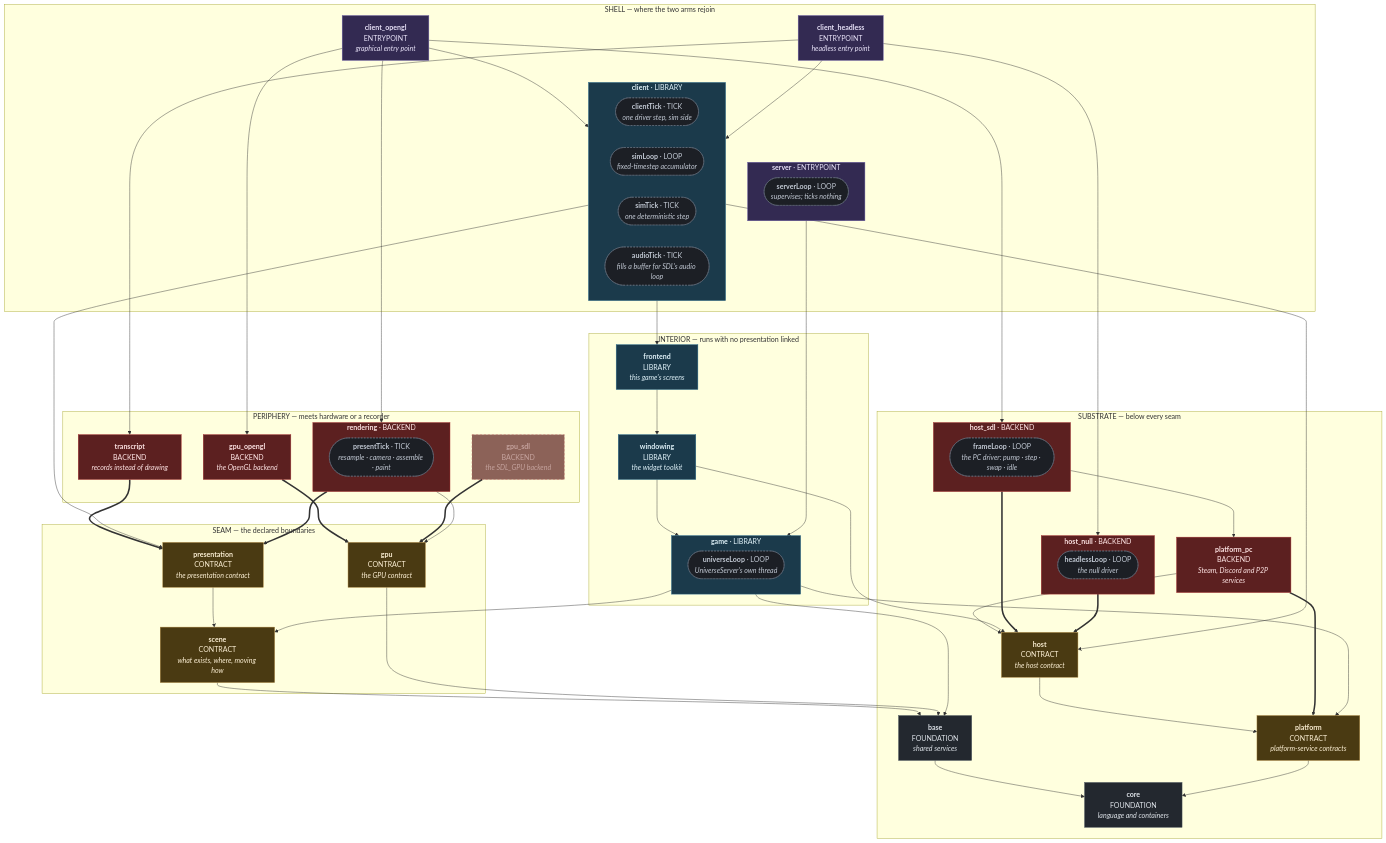
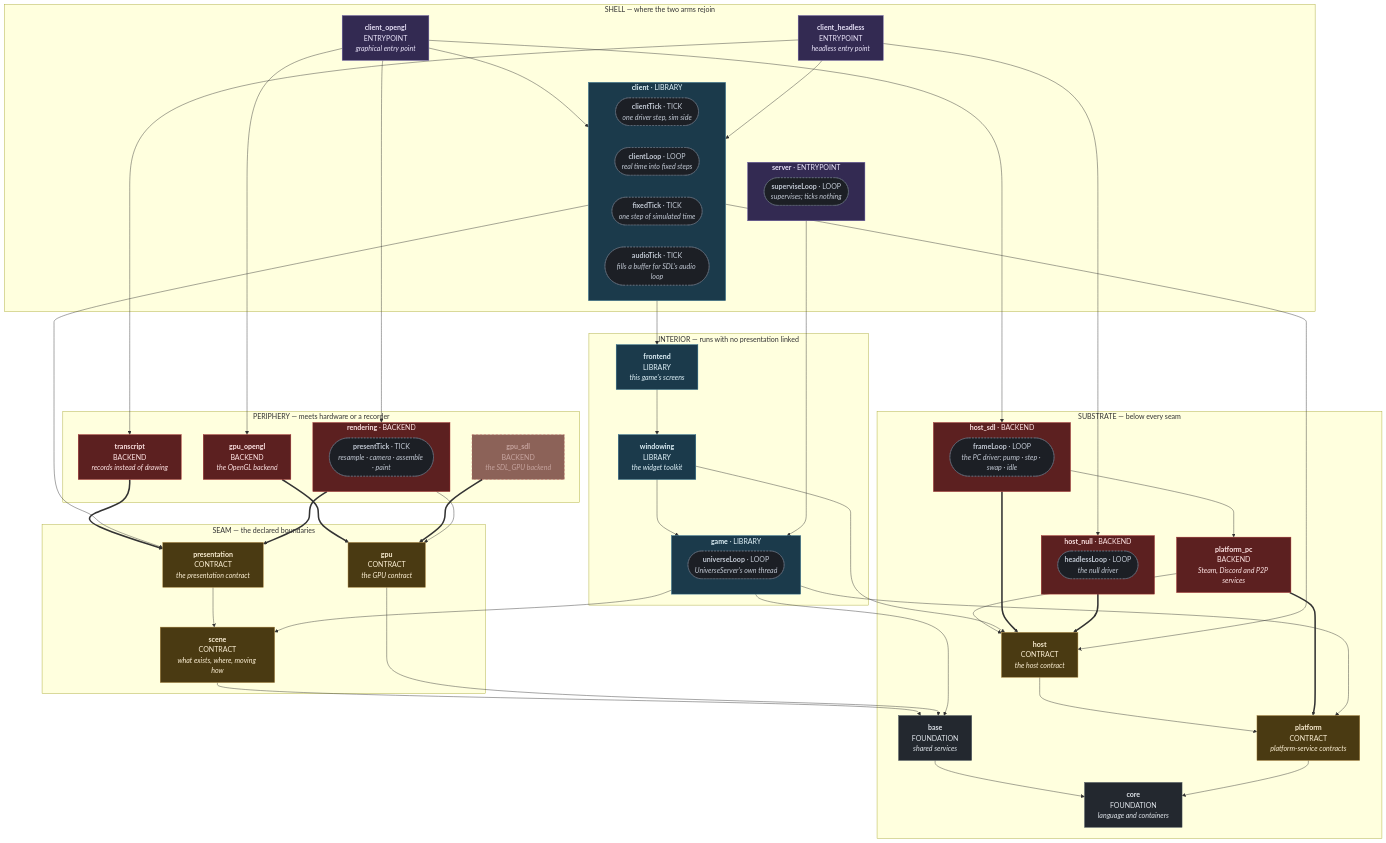
One commit to apnex/OpenStarbound changed the second of 2 diagrams in docs/superpowers/specs/2026-08-01-sovereign-headless-client-design.md. Above: the diagram before and after it, drawn with Mermaid. The commit also changed other lines of this file and 2 other files, not shown here.

````diff
--- a/docs/superpowers/specs/2026-08-01-sovereign-headless-client-design.md
+++ b/docs/superpowers/specs/2026-08-01-sovereign-headless-client-design.md
@@ -469,14 +469,14 @@
   subgraph Z_SHELL ["SHELL — where the two arms rejoin"]
     subgraph shell ["<b>client</b> · LIBRARY"]
       clienttick(["<b>clientTick</b> · TICK<br/><i>one driver step, sim side</i>"])
-      simloop(["<b>simLoop</b> · LOOP<br/><i>fixed-timestep accumulator</i>"])
-      simtick(["<b>simTick</b> · TICK<br/><i>one deterministic step</i>"])
+      clientloop(["<b>clientLoop</b> · LOOP<br/><i>real time into fixed steps</i>"])
+      fixedtick(["<b>fixedTick</b> · TICK<br/><i>one step of simulated time</i>"])
       audiotick(["<b>audioTick</b> · TICK<br/><i>fills a buffer for SDL's audio loop</i>"])
     end
     cgl["<b>client_opengl</b><br/>ENTRYPOINT<br/><i>graphical entry point</i>"]
     chl["<b>client_headless</b><br/>ENTRYPOINT<br/><i>headless entry point</i>"]
     subgraph srv ["<b>server</b> · ENTRYPOINT"]
-      serverloop(["<b>serverLoop</b> · LOOP<br/><i>supervises; ticks nothing</i>"])
+      superviseloop(["<b>superviseLoop</b> · LOOP<br/><i>supervises; ticks nothing</i>"])
     end
   end
 
@@ -563,7 +563,7 @@
   class hostsdl,hostnull,platformpc,rend,tr,glb,sdlb kBackend
   class game,win,front,shell kLibrary
   class cgl,chl,srv kEntrypoint
-  class frameloop,headlessloop,simloop,serverloop,universeloop,clienttick,simtick,audiotick,presenttick kElement
+  class frameloop,headlessloop,clientloop,superviseloop,universeloop,clienttick,fixedtick,audiotick,presenttick kElement
   classDef kOutOfScope stroke-dasharray:5 4,opacity:0.7
   class sdlb kOutOfScope
 ```
````
